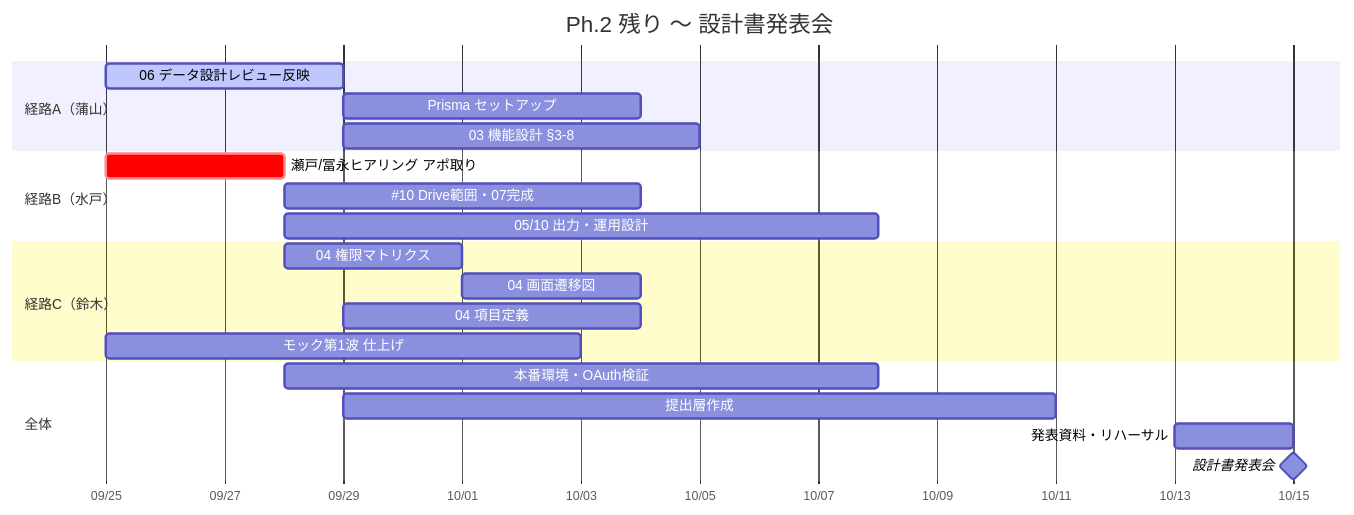
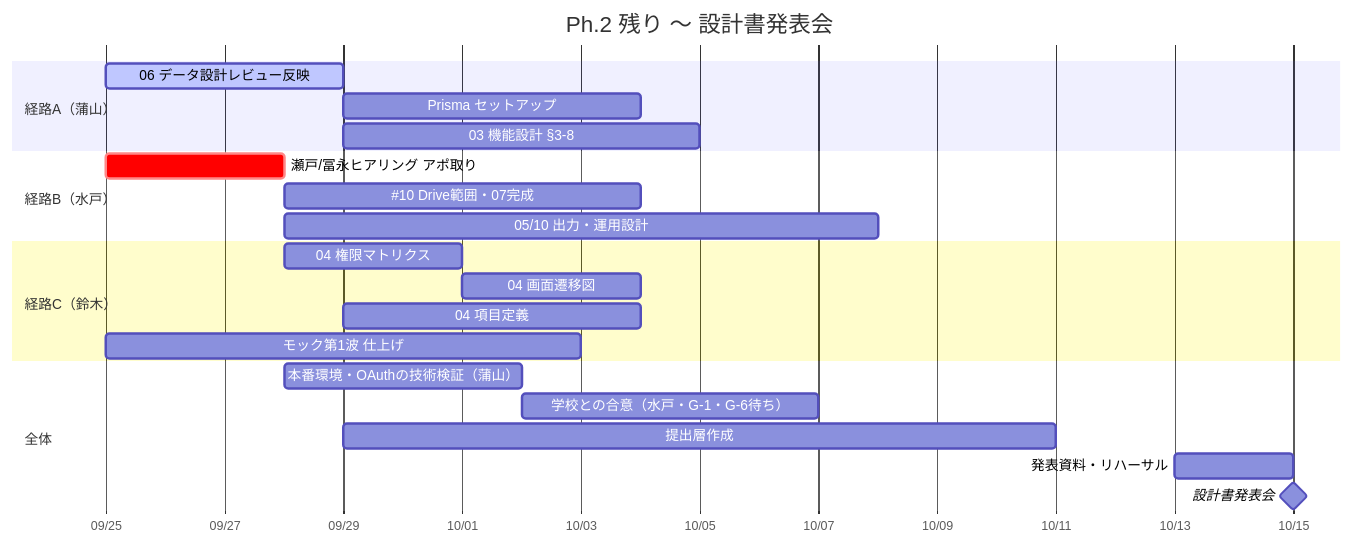
One commit to 250158hj-maker/yse_compass changed the diagram in pm/wbs.md. Above: the diagram before and after it, drawn with Mermaid. The commit also changed other lines of this file, not shown here.

````diff
--- a/pm/wbs.md
+++ b/pm/wbs.md
@@ -159,28 +162,29 @@
 ```mermaid
 gantt
     title Ph.2 残り 〜 設計書発表会
     dateFormat  YYYY-MM-DD
     axisFormat  %m/%d
 
     section 経路A（蒲山）
     06 データ設計レビュー反映      :active, a1, 2026-09-25, 4d
     Prisma セットアップ            :a2, after a1, 5d
     03 機能設計 §3-8               :a3, after a1, 6d
 
     section 経路B（水戸）
     瀬戸/冨永ヒアリング アポ取り    :crit, b1, 2026-09-25, 3d
     #10 Drive範囲・07完成          :b2, after b1, 6d
     05/10 出力・運用設計           :b3, after b1, 10d
 
     section 経路C（鈴木）
     04 権限マトリクス               :c1, 2026-09-28, 3d
     04 画面遷移図                   :c2, after c1, 3d
     04 項目定義                     :c3, after a1, 5d
     モック第1波 仕上げ              :c4, 2026-09-25, 8d
 
     section 全体
-    本番環境・OAuth検証             :d1, 2026-09-28, 10d
+    本番環境・OAuthの技術検証（蒲山）    :d1a, 2026-09-28, 2026-10-02
+    学校との合意（水戸・G-1・G-6待ち）  :d1b, after d1a, 5d
     提出層作成                      :e1, 2026-09-29, 12d
     発表資料・リハーサル            :f1, 2026-10-13, 2d
     設計書発表会                    :milestone, 2026-10-15, 0d
 ```
````
